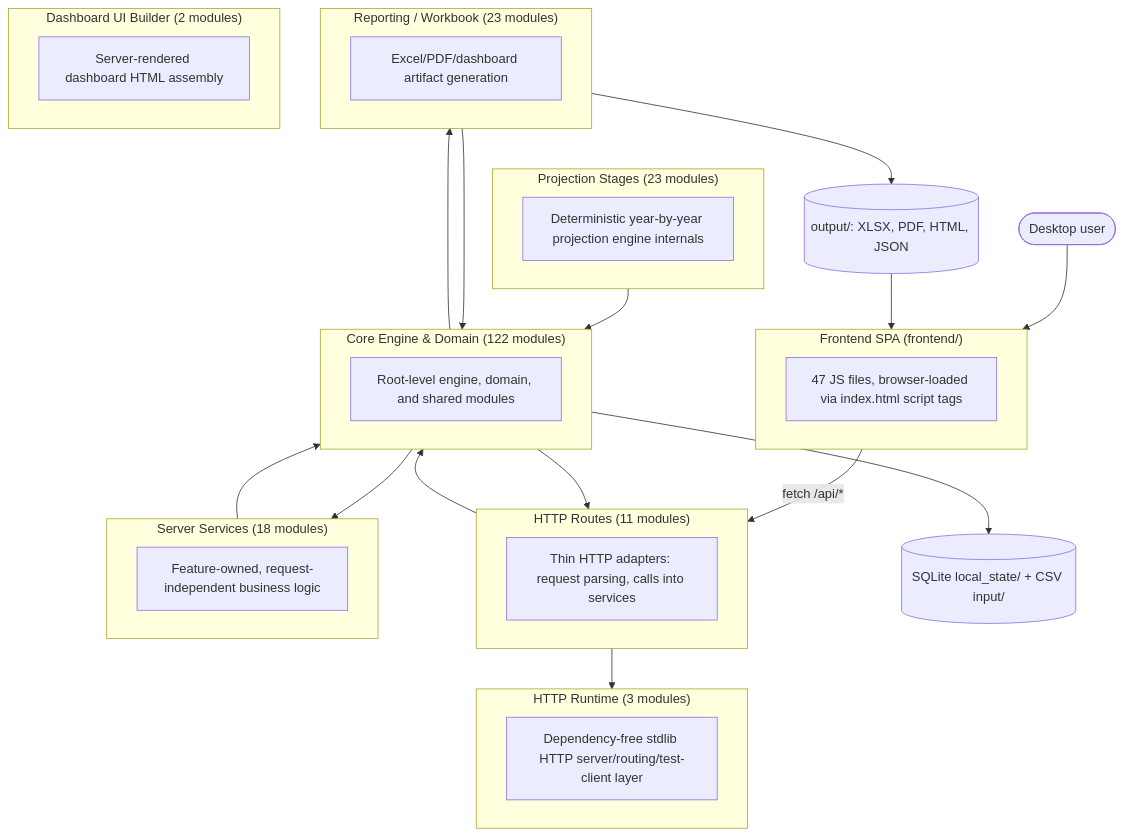
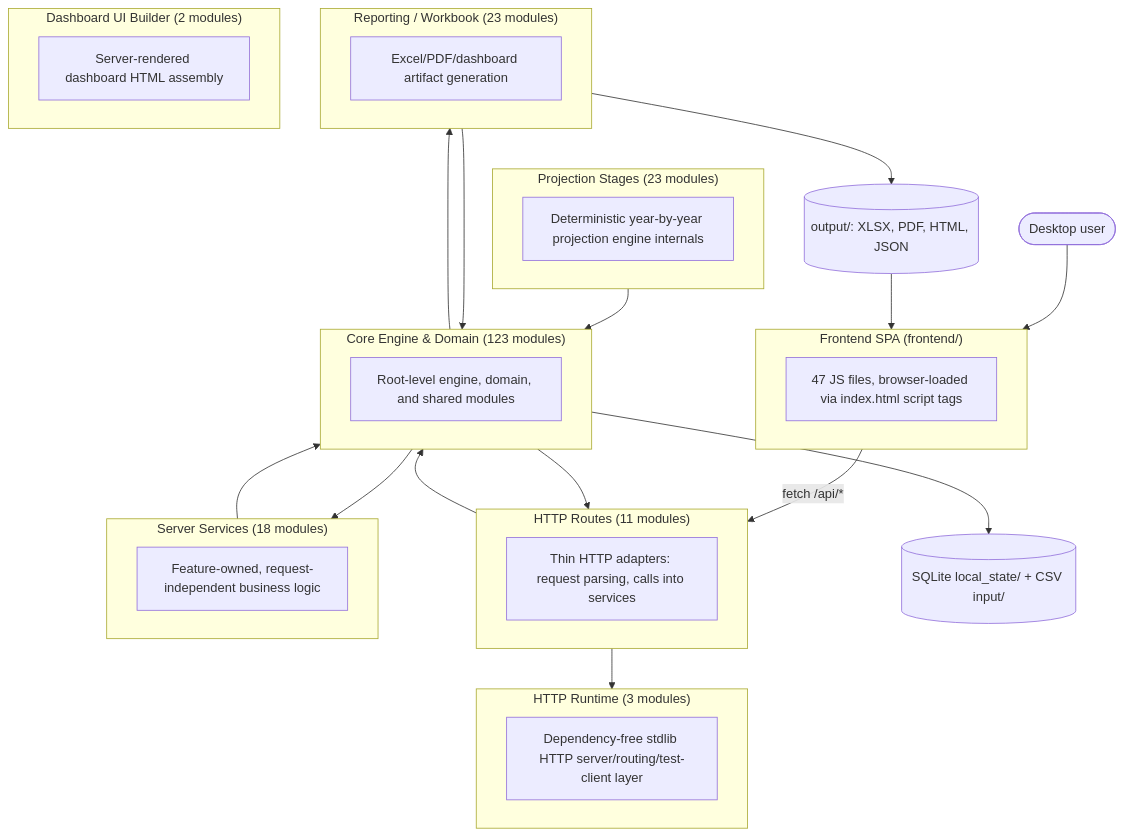
The first of 2 diagrams in documentation/reference/SYSTEM_ARCHITECTURE_DIAGRAM.md (matthartzman/retirement_system), drawn with Mermaid before and after one commit. The commit also changed other lines of this file and 15 other files, not shown here.

````diff
--- a/documentation/reference/SYSTEM_ARCHITECTURE_DIAGRAM.md
+++ b/documentation/reference/SYSTEM_ARCHITECTURE_DIAGRAM.md
@@ -11,40 +11,40 @@
 ```mermaid
 flowchart TB
     User(["Desktop user"]) --> FE
     subgraph FE["Frontend SPA (frontend/)"]
         FEcount["47 JS files, browser-loaded via index.html script tags"]
     end
     FE -->|fetch /api/*| L_HTTP_Routes
     subgraph L_HTTP_Routes["HTTP Routes (11 modules)"]
         L_HTTP_Routes_d["Thin HTTP adapters: request parsing, calls into services"]
     end
     subgraph L_Server_Services["Server Services (18 modules)"]
         L_Server_Services_d["Feature-owned, request-independent business logic"]
     end
     subgraph L_HTTP_Runtime["HTTP Runtime (3 modules)"]
         L_HTTP_Runtime_d["Dependency-free stdlib HTTP server/routing/test-client layer"]
     end
-    subgraph L_Core_Engine___Domain["Core Engine & Domain (122 modules)"]
+    subgraph L_Core_Engine___Domain["Core Engine & Domain (123 modules)"]
         L_Core_Engine___Domain_d["Root-level engine, domain, and shared modules"]
     end
     subgraph L_Projection_Stages["Projection Stages (23 modules)"]
         L_Projection_Stages_d["Deterministic year-by-year projection engine internals"]
     end
     subgraph L_Reporting___Workbook["Reporting / Workbook (23 modules)"]
         L_Reporting___Workbook_d["Excel/PDF/dashboard artifact generation"]
     end
     subgraph L_Dashboard_UI_Builder["Dashboard UI Builder (2 modules)"]
         L_Dashboard_UI_Builder_d["Server-rendered dashboard HTML assembly"]
     end
     L_Core_Engine___Domain --> L_HTTP_Routes
     L_Core_Engine___Domain --> L_Reporting___Workbook
     L_Core_Engine___Domain --> L_Server_Services
     L_HTTP_Routes --> L_Core_Engine___Domain
     L_HTTP_Routes --> L_HTTP_Runtime
     L_Projection_Stages --> L_Core_Engine___Domain
     L_Reporting___Workbook --> L_Core_Engine___Domain
     L_Server_Services --> L_Core_Engine___Domain
     L_Core_Engine___Domain --> DB[("SQLite local_state/ + CSV input/")]
     L_Reporting___Workbook --> Outputs[("output/: XLSX, PDF, HTML, JSON")]
     Outputs --> FE
 ```
````
